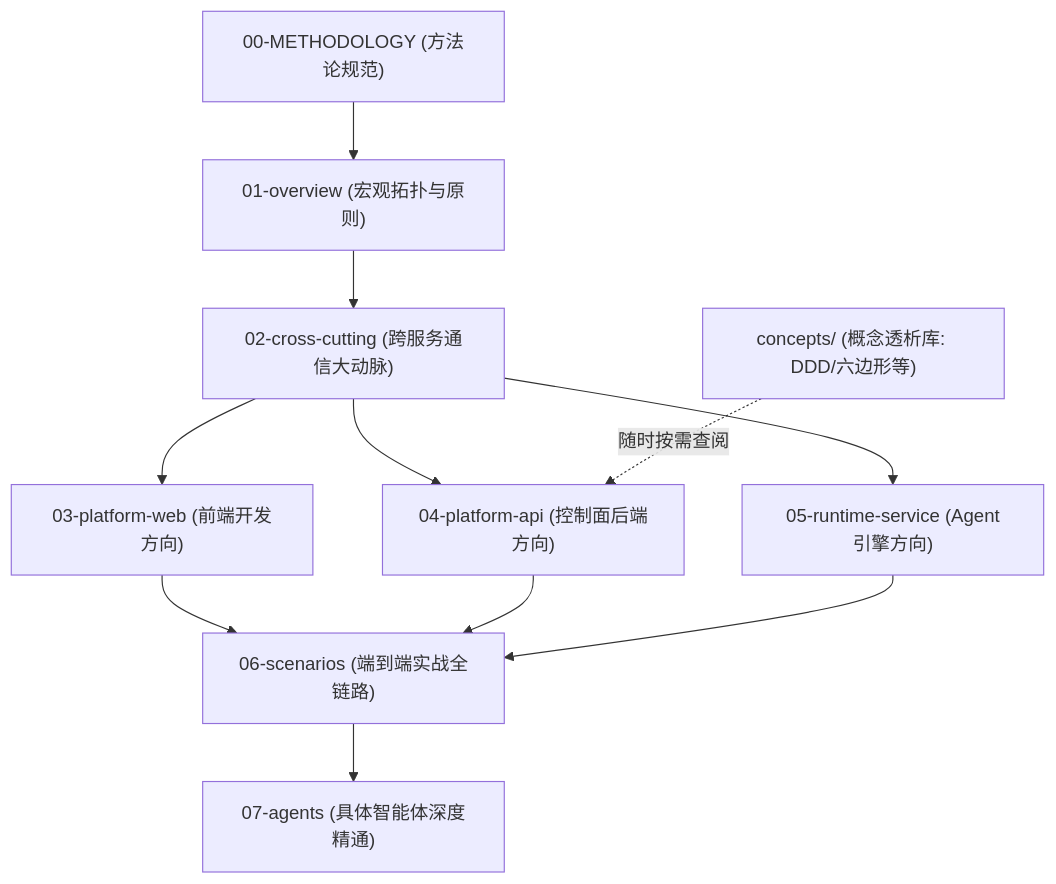
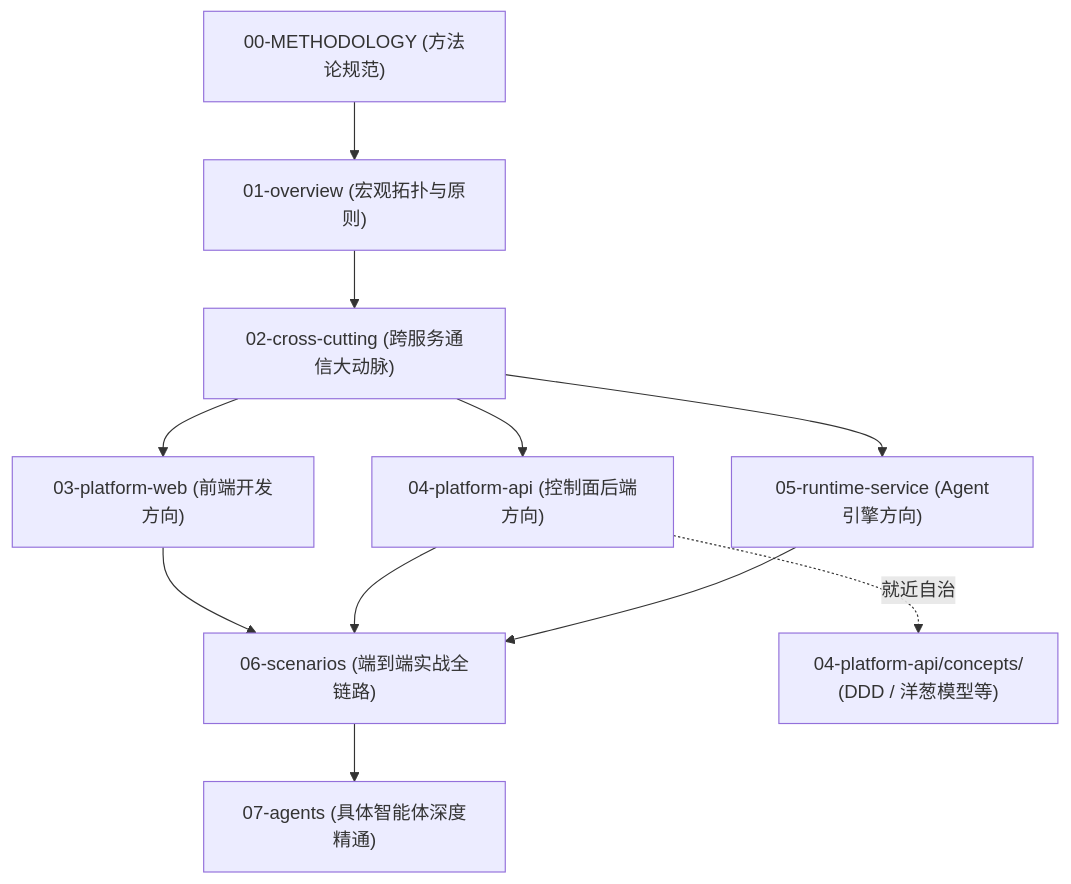
Before and after one commit to ljxpython/ai-agent-platform: the second of 2 diagrams in docs/architecture/README.md, drawn with Mermaid. The commit also changed other lines of this file and 37 other files, not shown here.

````diff
--- a/docs/architecture/README.md
+++ b/docs/architecture/README.md
@@ -138,17 +185,17 @@
 ```mermaid
 flowchart TD
     M["00-METHODOLOGY (方法论规范)"] --> OV["01-overview (宏观拓扑与原则)"]
     OV --> CC["02-cross-cutting (跨服务通信大动脉)"]
 
     CC --> Web["03-platform-web (前端开发方向)"]
     CC --> API["04-platform-api (控制面后端方向)"]
     CC --> RT["05-runtime-service (Agent引擎方向)"]
 
     Web --> SC["06-scenarios (端到端实战全链路)"]
     API --> SC
     RT --> SC
 
     SC --> AG["07-agents (具体智能体深度精通)"]
 
-    C["concepts/ (概念透析库: DDD/六边形等)"] -.->|"随时按需查阅"| API
+    API -.->|"就近自治"| ConceptsAPI["04-platform-api/concepts/\n(DDD / 洋葱模型等)"]
 ```
````
